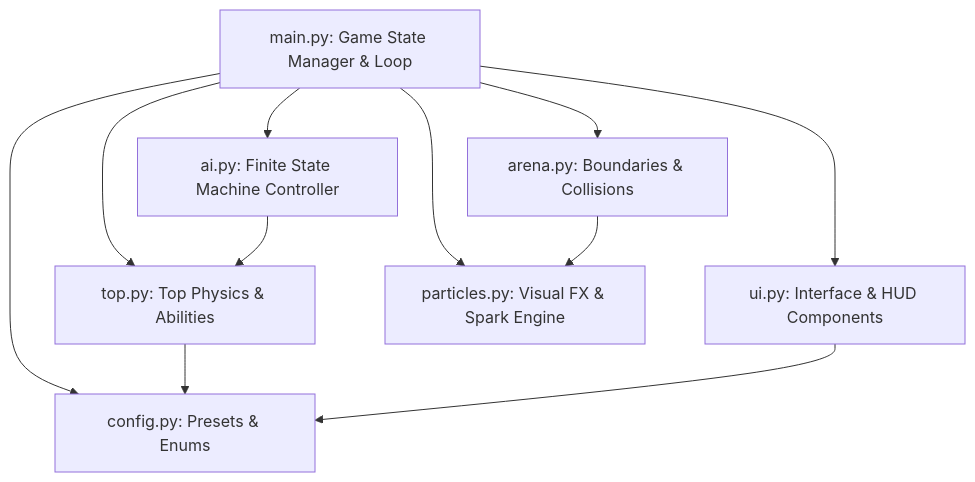
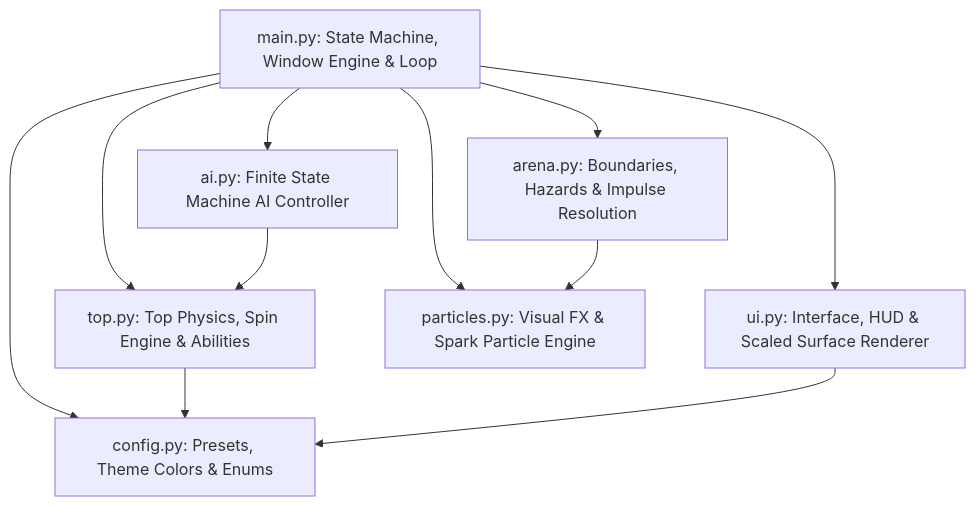
One commit to Pavithran030/Pambaram-Game-Development-Project changed the first of 5 diagrams in Pambaram_Implementation_Flow_and_Logic.md. Above: the diagram before and after it, drawn with Mermaid. The commit also changed other lines of this file and 8 other files, not shown here.

Commit message:
refactor: simplify UI drawing routines and update HUD and menu visual styles

````diff
--- a/Pambaram_Implementation_Flow_and_Logic.md
+++ b/Pambaram_Implementation_Flow_and_Logic.md
@@ -9,14 +11,14 @@
 ```mermaid
 graph TD
-    Main[main.py: Game State Manager & Loop] --> Top[top.py: Top Physics & Abilities]
-    Main --> Arena[arena.py: Boundaries & Collisions]
-    Main --> AI[ai.py: Finite State Machine Controller]
-    Main --> UI[ui.py: Interface & HUD Components]
-    Main --> FX[particles.py: Visual FX & Spark Engine]
-    Main --> Config[config.py: Presets & Enums]
+    Main[main.py: State Machine, Window Engine & Loop] --> Top[top.py: Top Physics, Spin Engine & Abilities]
+    Main --> Arena[arena.py: Boundaries, Hazards & Impulse Resolution]
+    Main --> AI[ai.py: Finite State Machine AI Controller]
+    Main --> UI[ui.py: Interface, HUD & Scaled Surface Renderer]
+    Main --> FX[particles.py: Visual FX & Spark Particle Engine]
+    Main --> Config[config.py: Presets, Theme Colors & Enums]
 
     Arena --> FX
     Top --> Config
     AI --> Top
     UI --> Config
 ```
````
